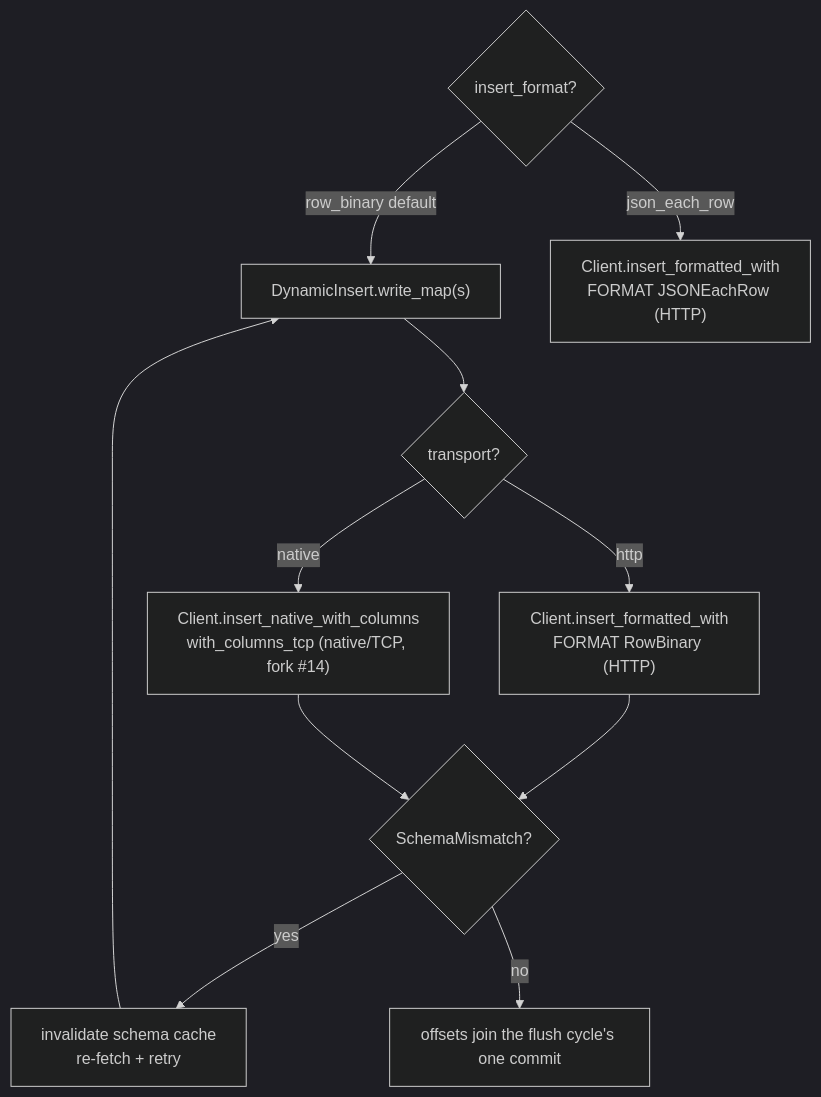
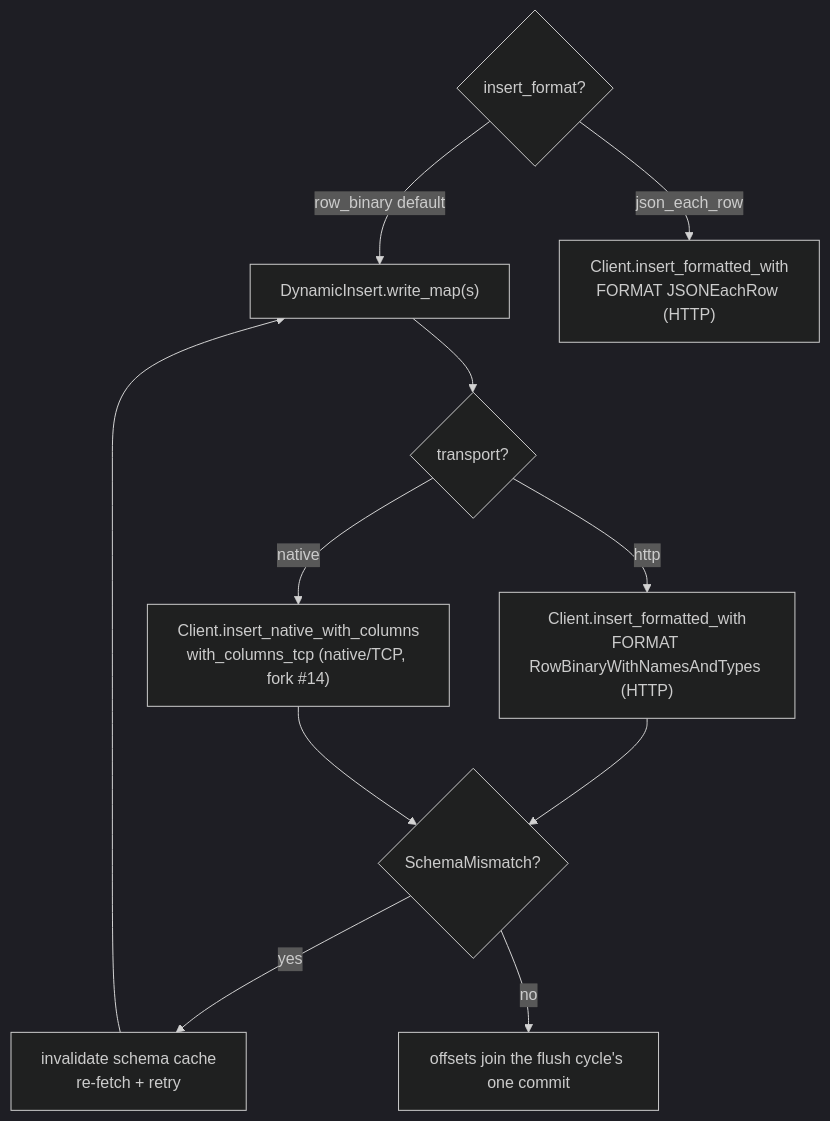
One commit to hyperi-io/dfe-loader changed the third of 3 diagrams in docs/ARCHITECTURE.md. Above: the diagram before and after it, drawn with Mermaid (dark theme). The commit also changed other lines of this file and 9 other files, not shown here.

````diff
--- a/docs/ARCHITECTURE.md
+++ b/docs/ARCHITECTURE.md
@@ -99,20 +99,20 @@
 ```mermaid
 flowchart TB
     F{"insert_format?"}
     T{"transport?"}
     RB["DynamicInsert.write_map(s)"]
-    HTTP["Client.insert_formatted_with<br/>FORMAT RowBinary (HTTP)"]
+    HTTP["Client.insert_formatted_with<br/>FORMAT RowBinaryWithNamesAndTypes (HTTP)"]
     TCP["Client.insert_native_with_columns<br/>with_columns_tcp (native/TCP, fork #14)"]
     JE["Client.insert_formatted_with<br/>FORMAT JSONEachRow (HTTP)"]
     SM{"SchemaMismatch?"}
     REC["invalidate schema cache<br/>re-fetch + retry"]
 
     F -->|row_binary default| RB
     RB --> T
     T -->|native| TCP
     T -->|http| HTTP
     F -->|json_each_row| JE
     HTTP & TCP --> SM
     SM -->|yes| REC --> RB
     SM -->|no| OK["offsets join the flush cycle's one commit"]
 ```
````
